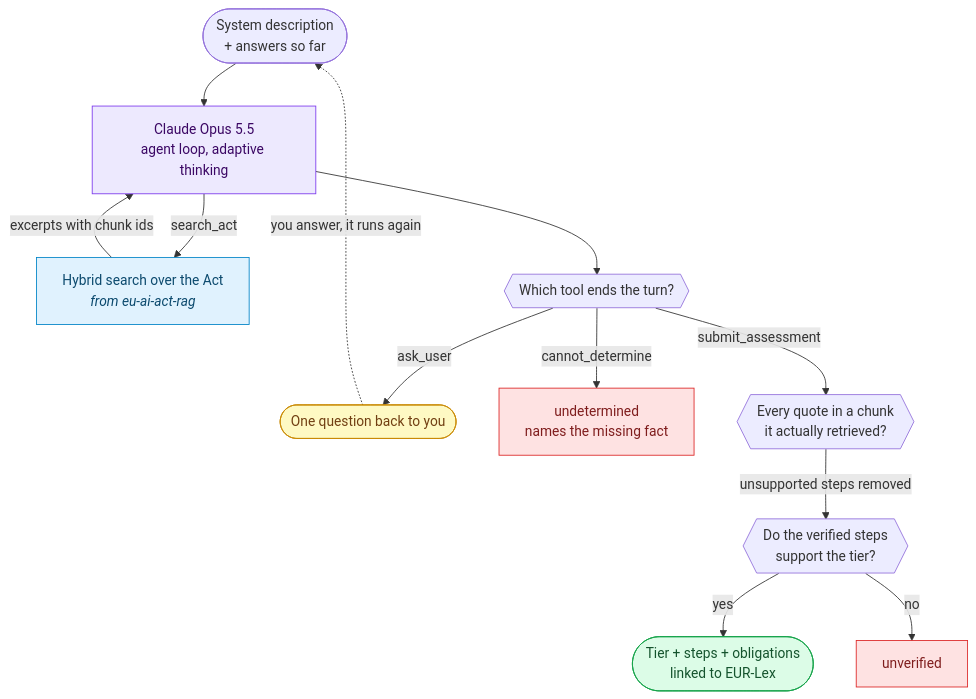
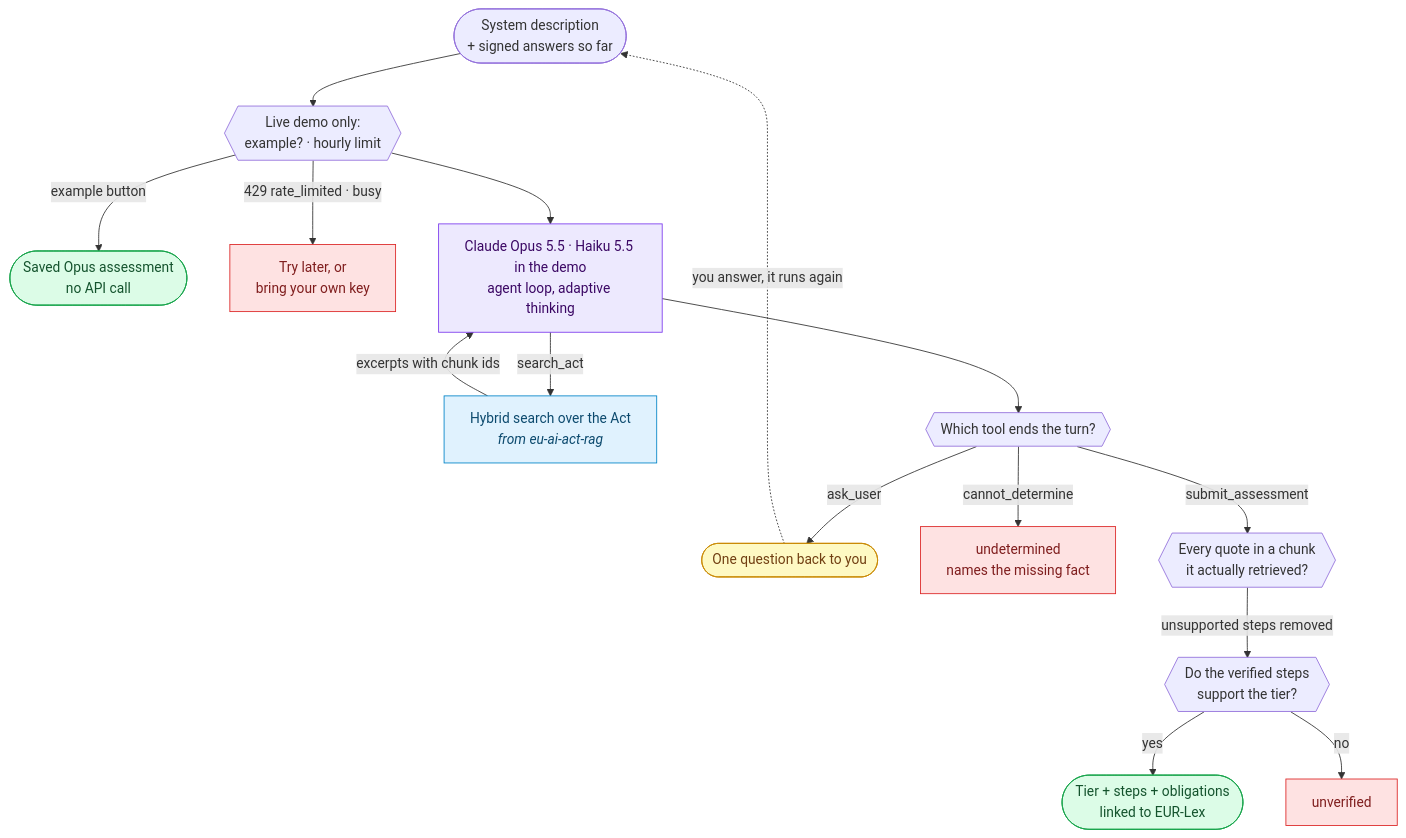
One commit to Finjineersdev/ai-act-risk-agent changed the diagram in README.md. Above: the diagram before and after it, drawn with Mermaid. The commit also changed other lines of this file and 25 other files, not shown here.

````diff
--- a/README.md
+++ b/README.md
@@ -34,20 +35,23 @@
 ```mermaid
 flowchart TB
-    D(["System description<br/>+ answers so far"]) --> A["Claude Opus 5.5<br/>agent loop, adaptive thinking"]:::llm
+    D(["System description<br/>+ signed answers so far"]) --> DM{{"Live demo only:<br/>example? · hourly limit"}}
+    DM -- "example button" --> SV(["Saved Opus assessment<br/>no API call"]):::ok
+    DM -- "429 rate_limited · busy" --> RL["Try later, or<br/>bring your own key"]:::stop
+    DM --> A["Claude Opus 5.5 · Haiku 5.5 in the demo<br/>agent loop, adaptive thinking"]:::llm
     A -- "search_act" --> S["Hybrid search over the Act<br/><i>from eu-ai-act-rag</i>"]:::data
     S -- "excerpts with chunk ids" --> A
     A --> T{{"Which tool ends the turn?"}}
     T -- "ask_user" --> Q(["One question back to you"]):::ask
     T -- "cannot_determine" --> U["undetermined<br/>names the missing fact"]:::stop
     T -- "submit_assessment" --> C{{"Every quote in a chunk<br/>it actually retrieved?"}}
     C -- "unsupported steps removed" --> R{{"Do the verified steps<br/>support the tier?"}}
     R -- "yes" --> OK(["Tier + steps + obligations<br/>linked to EUR-Lex"]):::ok
     R -- "no" --> N["unverified"]:::stop
     Q -. "you answer, it runs again" .-> D
 
     classDef data fill:#e0f2fe,stroke:#0284c7,color:#0c4a6e
     classDef llm fill:#ede9fe,stroke:#7c3aed,color:#3b0764
     classDef ok fill:#dcfce7,stroke:#16a34a,color:#14532d
     classDef stop fill:#fee2e2,stroke:#dc2626,color:#7f1d1d
     classDef ask fill:#fef9c3,stroke:#ca8a04,color:#713f12
 ```
````
